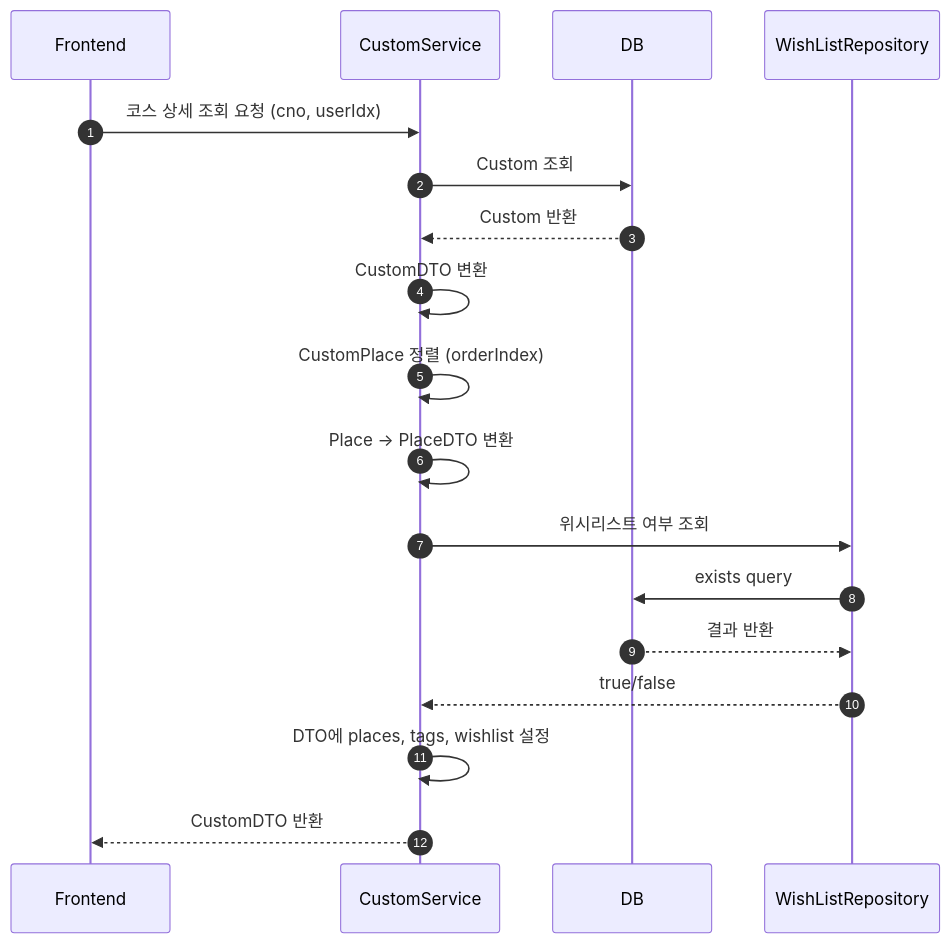
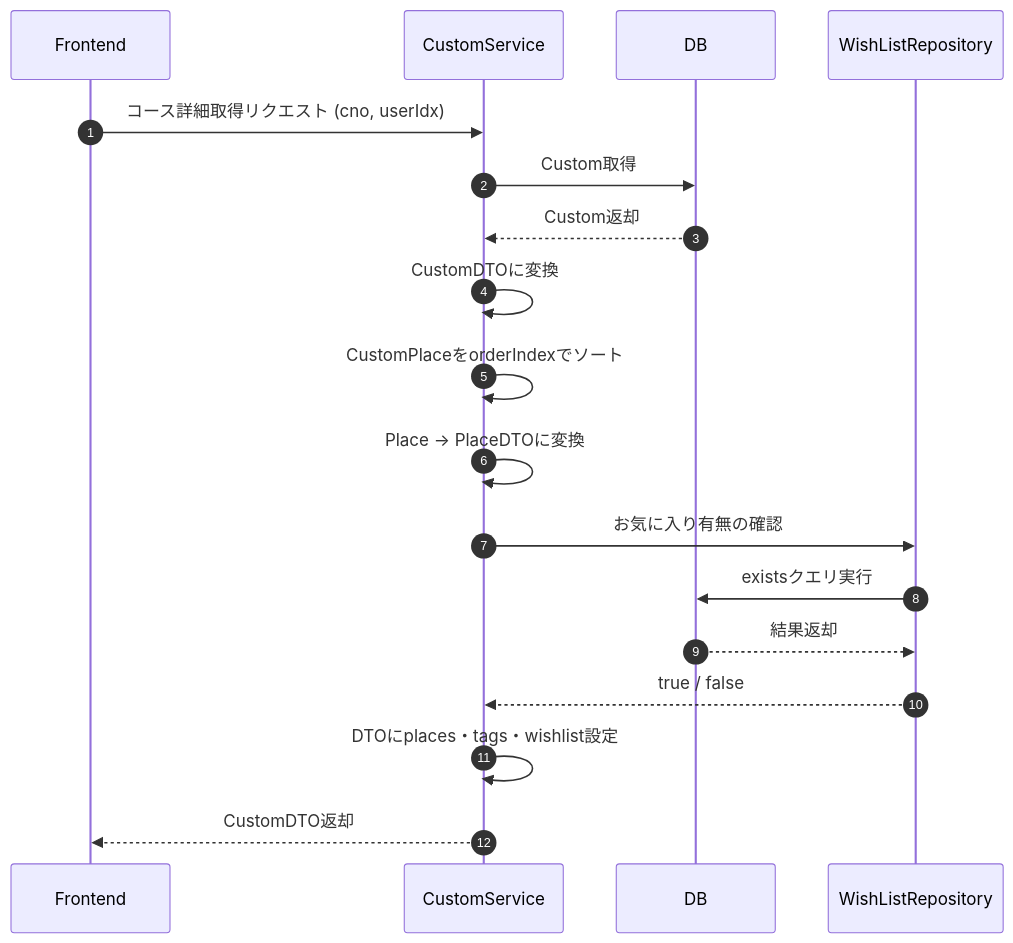
One commit to You-HyunHo/Final-Project changed the second of 10 diagrams in README_img/SEQUENCE.md. Above: the diagram before and after it, drawn with Mermaid. The commit also changed other lines of this file, not shown here.

````diff
--- a/README_img/SEQUENCE.md
+++ b/README_img/SEQUENCE.md
@@ -33,27 +34,27 @@
 ```mermaid
 sequenceDiagram
-autonumber
-participant FE as Frontend
-participant BE as CustomService
-participant DB
-participant WL as WishListRepository
+    autonumber
+    participant FE as Frontend
+    participant BE as CustomService
+    participant DB
+    participant WL as WishListRepository
 
-    FE->>BE: 코스 상세 조회 요청 (cno, userIdx)
+    FE->>BE: コース詳細取得リクエスト (cno, userIdx)
 
-    BE->>DB: Custom 조회
-    DB-->>BE: Custom 반환
+    BE->>DB: Custom取得
+    DB-->>BE: Custom返却
 
-    BE->>BE: CustomDTO 변환
+    BE->>BE: CustomDTOに変換
 
-    BE->>BE: CustomPlace 정렬 (orderIndex)
-    BE->>BE: Place → PlaceDTO 변환
+    BE->>BE: CustomPlaceをorderIndexでソート
+    BE->>BE: Place → PlaceDTOに変換
 
-    BE->>WL: 위시리스트 여부 조회
-    WL->>DB: exists query
-    DB-->>WL: 결과 반환
-    WL-->>BE: true/false
+    BE->>WL: お気に入り有無の確認
+    WL->>DB: existsクエリ実行
+    DB-->>WL: 結果返却
+    WL-->>BE: true / false
 
-    BE->>BE: DTO에 places, tags, wishlist 설정
+    BE->>BE: DTOにplaces・tags・wishlist設定
 
-    BE-->>FE: CustomDTO 반환
+    BE-->>FE: CustomDTO返却
 ```
````
